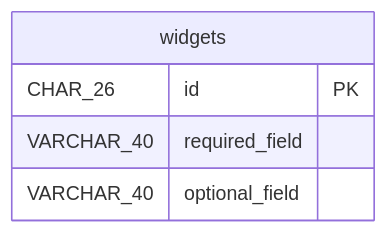
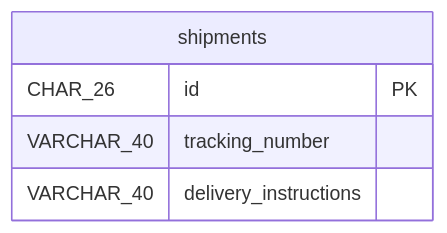
Before and after one commit to techspikes/spike-kit-dev: the diagram in test/commands/tables-doc/fixtures/markdown/online-shop-optionals-override.md, drawn with Mermaid. The commit also changed other lines of this file and 12 other files, not shown here.

````diff
--- a/test/commands/tables-doc/fixtures/markdown/online-shop-optionals-override.md
+++ b/test/commands/tables-doc/fixtures/markdown/online-shop-optionals-override.md
@@ -39,8 +39,8 @@
 ```mermaid
 erDiagram
-  widgets {
+  shipments {
     CHAR_26 id PK
-    VARCHAR_40 required_field
-    VARCHAR_40 optional_field
+    VARCHAR_40 tracking_number
+    VARCHAR_40 delivery_instructions
   }
 ```
````
